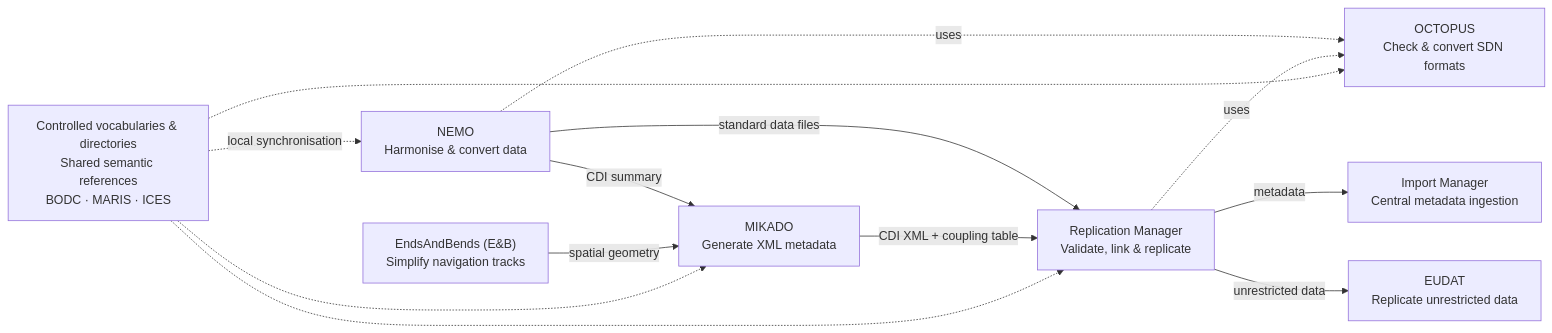
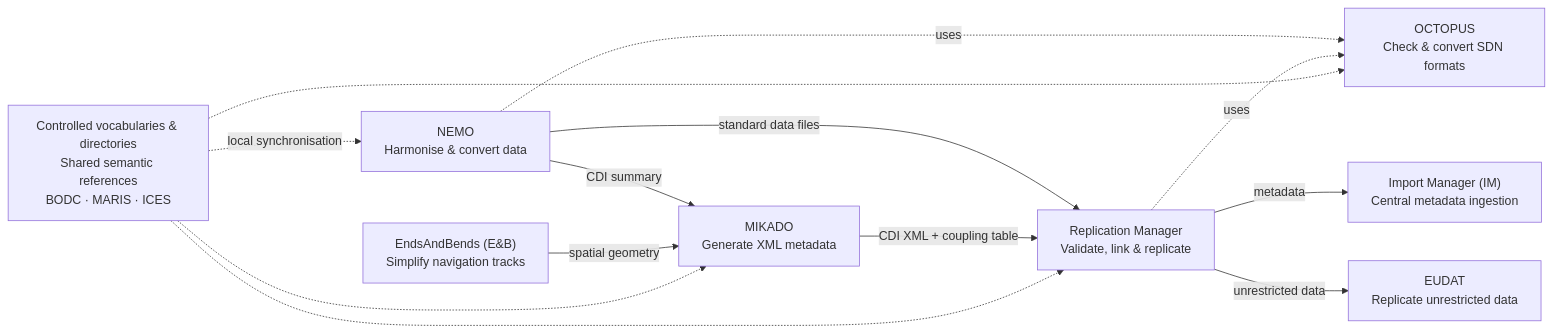
The first of 4 diagrams in README.md (seadatanet/.github), drawn with Mermaid before and after one commit. The commit also changed other lines of this file, not shown here.

Commit message:
Update E&B and Import Manager documentation

````diff
--- a/README.md
+++ b/README.md
@@ -10,30 +10,30 @@
 ```mermaid
 flowchart LR
 
   VOC["Controlled vocabularies & directories<br/>Shared semantic references<br/>BODC · MARIS · ICES"]
 
   NEMO["NEMO<br/>Harmonise & convert data"]
   OCT["OCTOPUS<br/>Check & convert SDN formats"]
   EB["EndsAndBends (E&B)<br/>Simplify navigation tracks"]
   MIK["MIKADO<br/>Generate XML metadata"]
   RM["Replication Manager<br/>Validate, link & replicate"]
-  IM["Import Manager<br/>Central metadata ingestion"]
+  IM["Import Manager (IM)<br/>Central metadata ingestion"]
   EUDAT["EUDAT<br/>Replicate unrestricted data"]
 
   NEMO -->|"CDI summary"| MIK
   EB -->|"spatial geometry"| MIK
 
   NEMO -->|"standard data files"| RM
   MIK -->|"CDI XML + coupling table"| RM
 
   NEMO -.->|"uses"| OCT
   RM -.->|"uses"| OCT
 
   RM -->|"metadata"| IM
   RM -->|"unrestricted data"| EUDAT
 
   VOC -.->|"local synchronisation"| NEMO
   VOC -.-> OCT
   VOC -.-> MIK
   VOC -.-> RM
 ```
````
